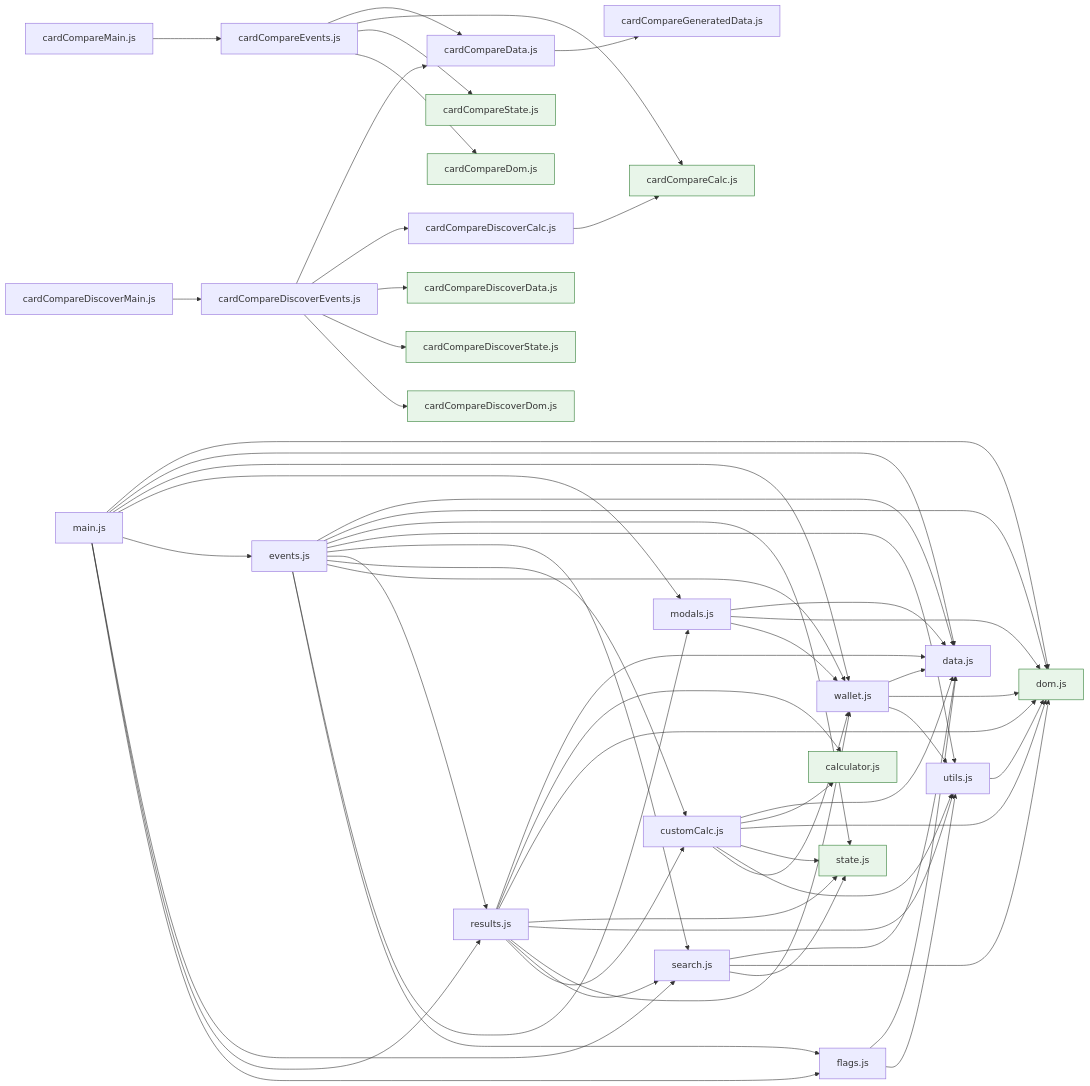
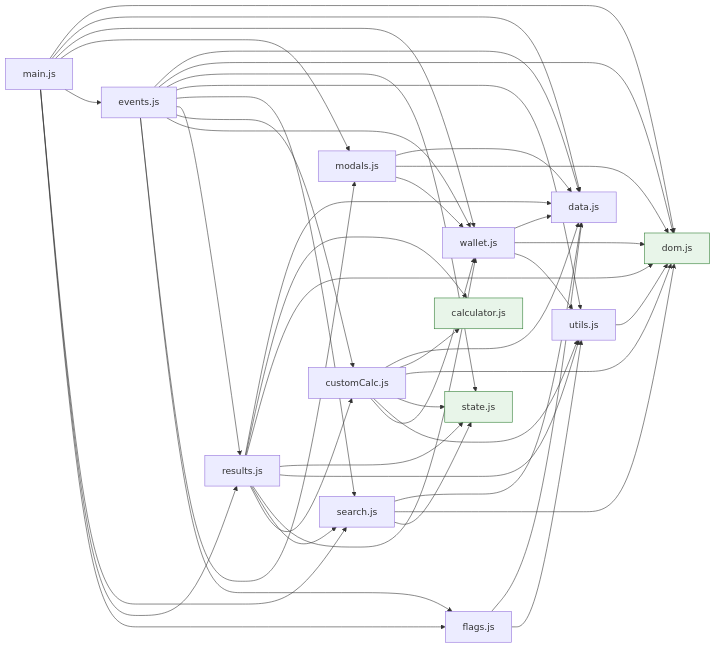
One commit to Ashwani07/voucher-discount-calculator changed the second of 2 diagrams in docs/JavaScriptDependencyMap.md. Above: the diagram before and after it, drawn with Mermaid. The commit also changed other lines of this file and 5 other files, not shown here.

Commit message:
Refine voucher reward calculations and pipeline reliability. Improve Amazon/Axis portal handling, cap disclosures, custom calculations, and architecture documentation. Remove unused scraped card data and obsolete card-comparison references.

````diff
--- a/docs/JavaScriptDependencyMap.md
+++ b/docs/JavaScriptDependencyMap.md
@@ -17,52 +17,29 @@
 ```mermaid
 graph LR
     data[data.js]
     calculator[calculator.js]
     state[state.js]
     dom[dom.js]
     utils[utils.js]
     wallet[wallet.js]
     search[search.js]
     modals[modals.js]
     flags[flags.js]
     results[results.js]
     custom[customCalc.js]
     events[events.js]
     main[main.js]
 
-    ccData[cardCompareData.js]
-    ccGenerated[cardCompareGeneratedData.js]
-    ccCalc[cardCompareCalc.js]
-    ccState[cardCompareState.js]
-    ccDom[cardCompareDom.js]
-    ccEvents[cardCompareEvents.js]
-    ccMain[cardCompareMain.js]
-
-    dcData[cardCompareDiscoverData.js]
-    dcCalc[cardCompareDiscoverCalc.js]
-    dcState[cardCompareDiscoverState.js]
-    dcDom[cardCompareDiscoverDom.js]
-    dcEvents[cardCompareDiscoverEvents.js]
-    dcMain[cardCompareDiscoverMain.js]
-
     utils --> dom
     wallet --> data & dom & utils
     search --> data & dom & state
     modals --> data & dom & wallet
     flags --> data & utils
     results --> data & calculator & dom & state & utils & wallet & search & custom
     custom --> data & calculator & dom & state & utils & wallet
     events --> data & dom & state & utils & search & results & custom & wallet & modals & flags
     main --> dom & data & wallet & modals & events & search & results & flags
 
-    ccData --> ccGenerated
-    ccEvents --> ccData & ccCalc & ccState & ccDom
-    ccMain --> ccEvents
-
-    dcCalc --> ccCalc
-    dcEvents --> ccData & dcCalc & dcData & dcState & dcDom
-    dcMain --> dcEvents
-
     classDef leaf fill:#e8f5e9,stroke:#2e7d32;
     class calculator,state,dom,ccCalc,ccState,ccDom,dcData,dcState,dcDom leaf;
 ```
````
